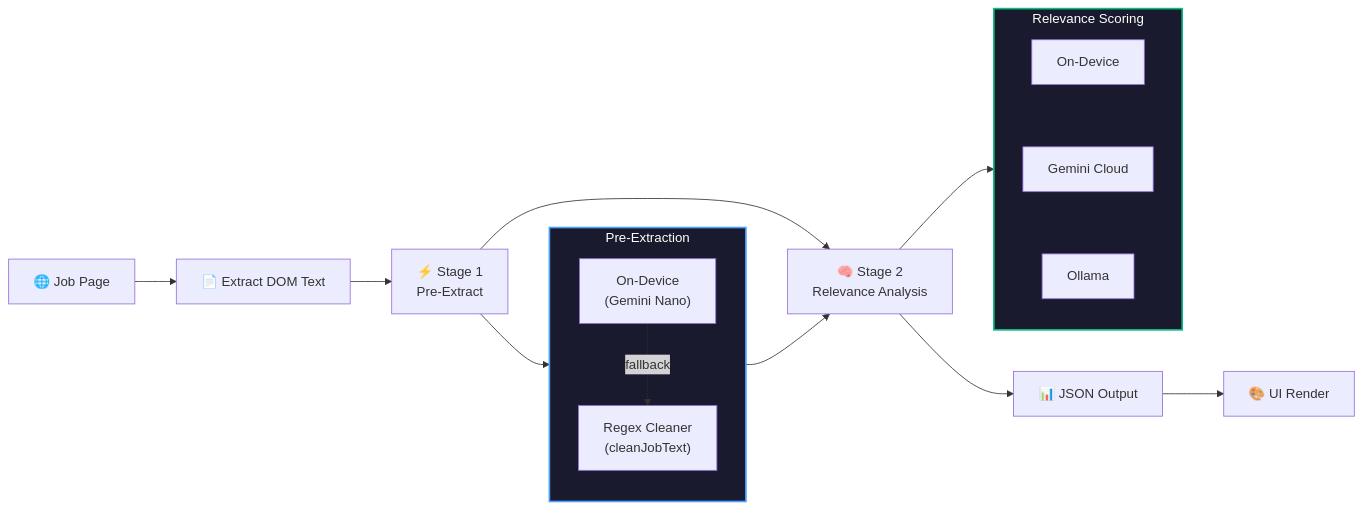
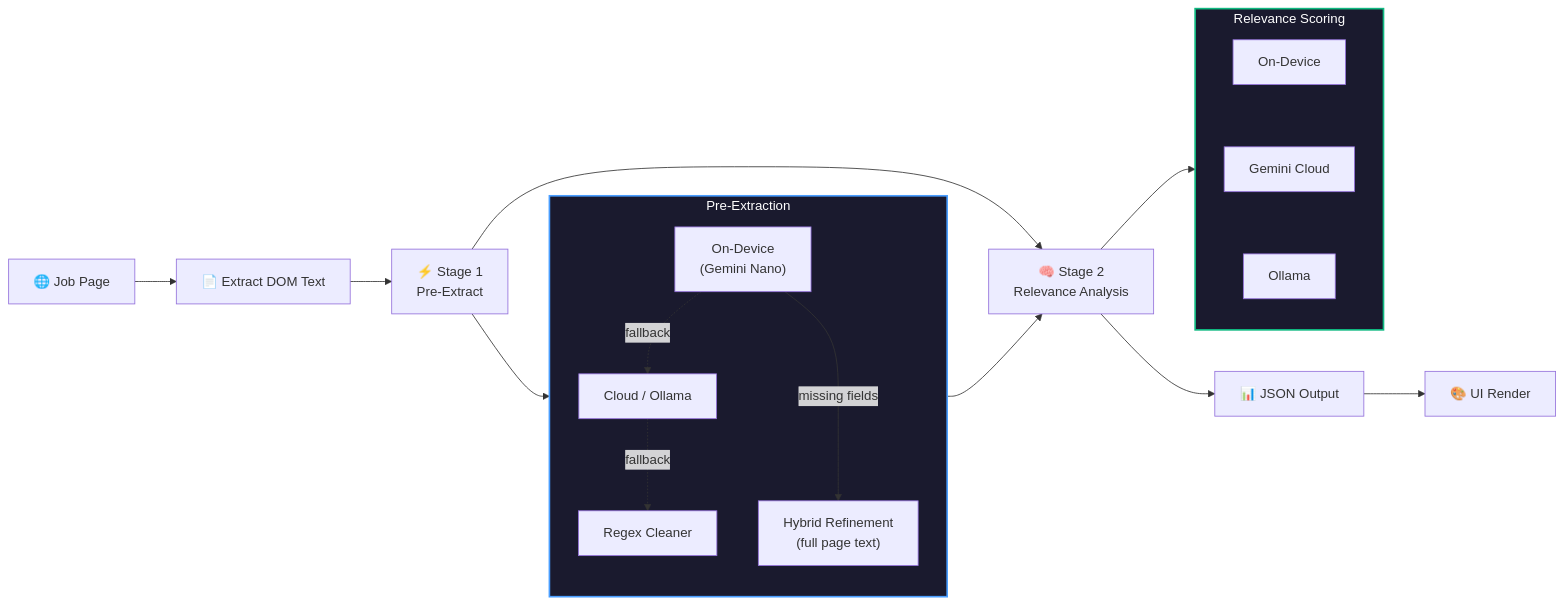
Before and after one commit to hellosaumil/JobPostHighlightsExtension: the diagram in README.md, drawn with Mermaid. The commit also changed other lines of this file and 21 other files, not shown here.

````diff
--- a/README.md
+++ b/README.md
@@ -50,25 +57,26 @@
 ```mermaid
 flowchart LR
     A["🌐 Job Page"] --> B["📄 Extract DOM Text"]
     B --> C["⚡ Stage 1<br>Pre-Extract"]
     C --> D["🧠 Stage 2<br>Relevance Analysis"]
     D --> E["📊 JSON Output"]
     E --> F["🎨 UI Render"]
 
     subgraph Stage1["Pre-Extraction"]
         direction TB
-        C1["On-Device<br>(Gemini Nano)"] -.->|"fallback"| C3["Regex Cleaner<br>(cleanJobText)"]
+        C1["On-Device<br>(Gemini Nano)"] -.->|"fallback"| C2["Cloud / Ollama"] -.->|"fallback"| C3["Regex Cleaner"]
+        C1 --->|"missing fields"| C4["Hybrid Refinement<br>(full page text)"]
     end
 
     subgraph Stage2["Relevance Scoring"]
         direction TB
         D1["On-Device"] ~~~ D2["Gemini Cloud"] ~~~ D3["Ollama"]
     end
 
     C --> Stage1
     Stage1 --> D
     D --> Stage2
 
     style Stage1 fill:#1a1a2e,stroke:#4a9eff,stroke-width:2px,color:#fff
     style Stage2 fill:#1a1a2e,stroke:#10b981,stroke-width:2px,color:#fff
 ```
````
